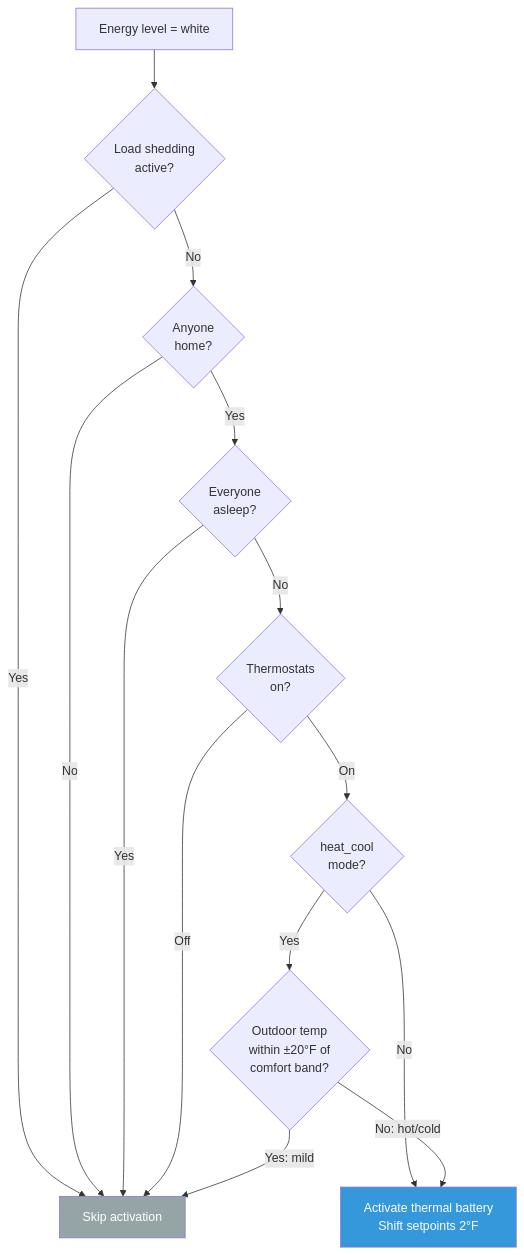
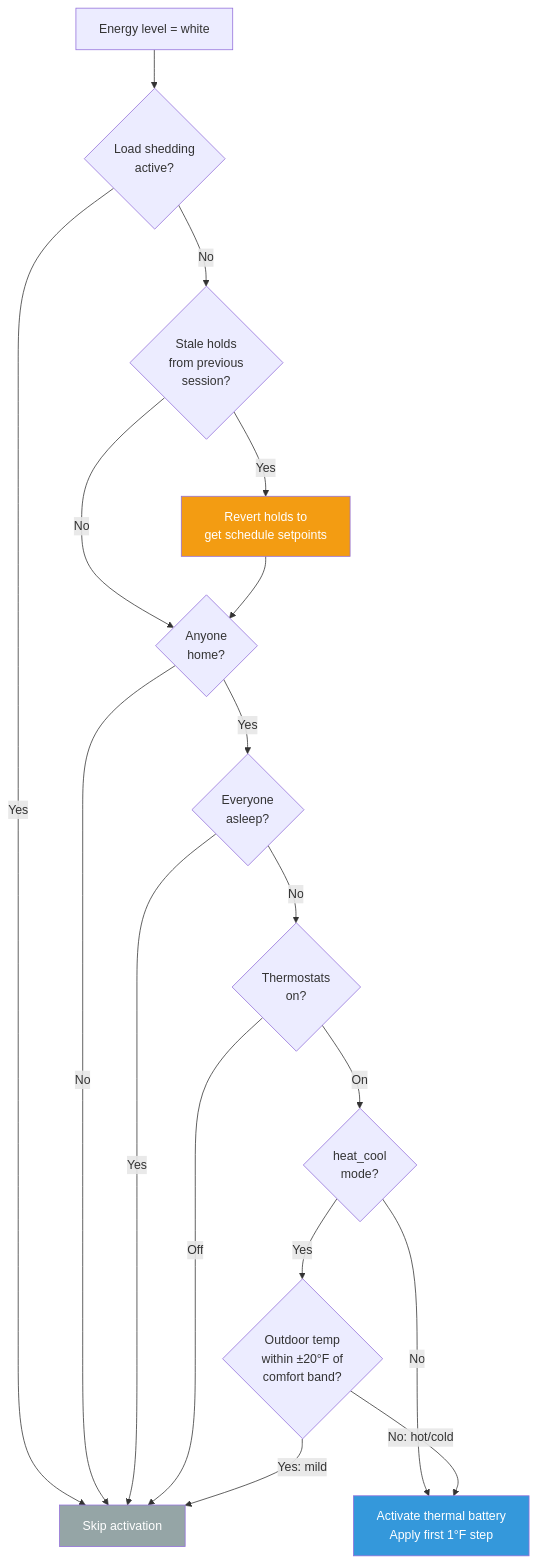
One commit to NickBorgers/home-automation changed the fourth of 7 diagrams in docs/flows/LOAD_SHEDDING.md. Above: the diagram before and after it, drawn with Mermaid. The commit also changed other lines of this file and 1 other file, not shown here.

First line of the commit message:
docs: Update flow docs for gradual thermal battery stepping

````diff
--- a/docs/flows/LOAD_SHEDDING.md
+++ b/docs/flows/LOAD_SHEDDING.md
@@ -122,29 +122,35 @@
 ```mermaid
 flowchart TD
     whiteLevel["Energy level = white"]
     checkLS{"Load shedding<br/>active?"}
+    checkStaleHolds{"Stale holds<br/>from previous<br/>session?"}
+    revertHolds["Revert holds to<br/>get schedule setpoints"]
     checkHome{"Anyone<br/>home?"}
     checkSleep{"Everyone<br/>asleep?"}
     checkHVAC{"Thermostats<br/>on?"}
     checkMode{"heat_cool<br/>mode?"}
     checkOutdoor{"Outdoor temp<br/>within ±20°F of<br/>comfort band?"}
-    activate["Activate thermal battery<br/>Shift setpoints 2°F"]
+    activate["Activate thermal battery<br/>Apply first 1°F step"]
     skip["Skip activation"]
 
     whiteLevel --> checkLS
     checkLS -->|Yes| skip
-    checkLS -->|No| checkHome
+    checkLS -->|No| checkStaleHolds
+    checkStaleHolds -->|Yes| revertHolds
+    checkStaleHolds -->|No| checkHome
+    revertHolds --> checkHome
     checkHome -->|No| skip
     checkHome -->|Yes| checkSleep
     checkSleep -->|Yes| skip
     checkSleep -->|No| checkHVAC
     checkHVAC -->|Off| skip
     checkHVAC -->|On| checkMode
     checkMode -->|No| activate
     checkMode -->|Yes| checkOutdoor
     checkOutdoor -->|Yes: mild| skip
     checkOutdoor -->|No: hot/cold| activate
 
     style activate fill:#3498db,color:#fff
     style skip fill:#95a5a6,color:#fff
+    style revertHolds fill:#f39c12,color:#fff
 ```
````
